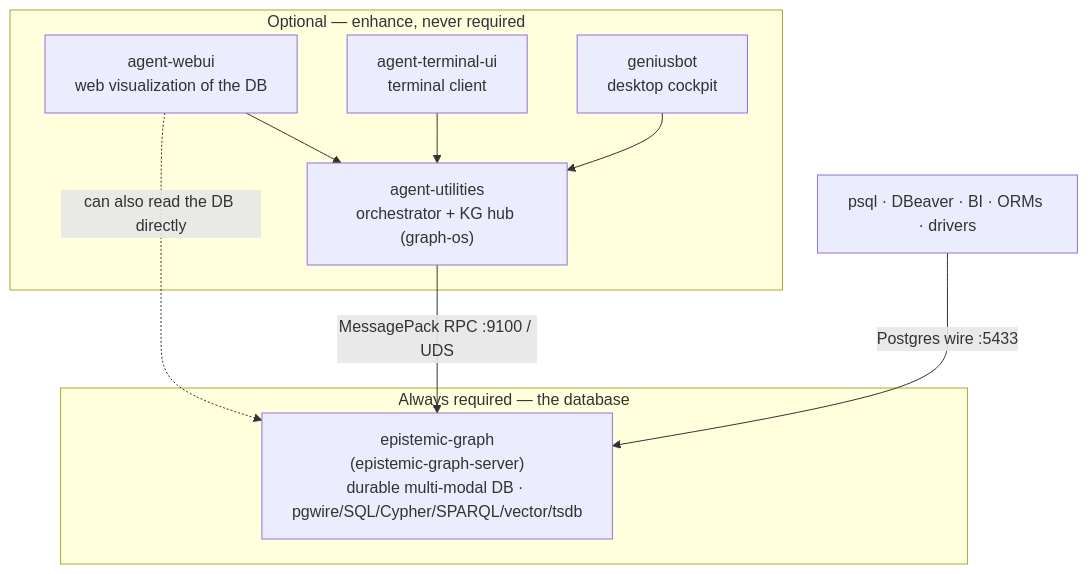
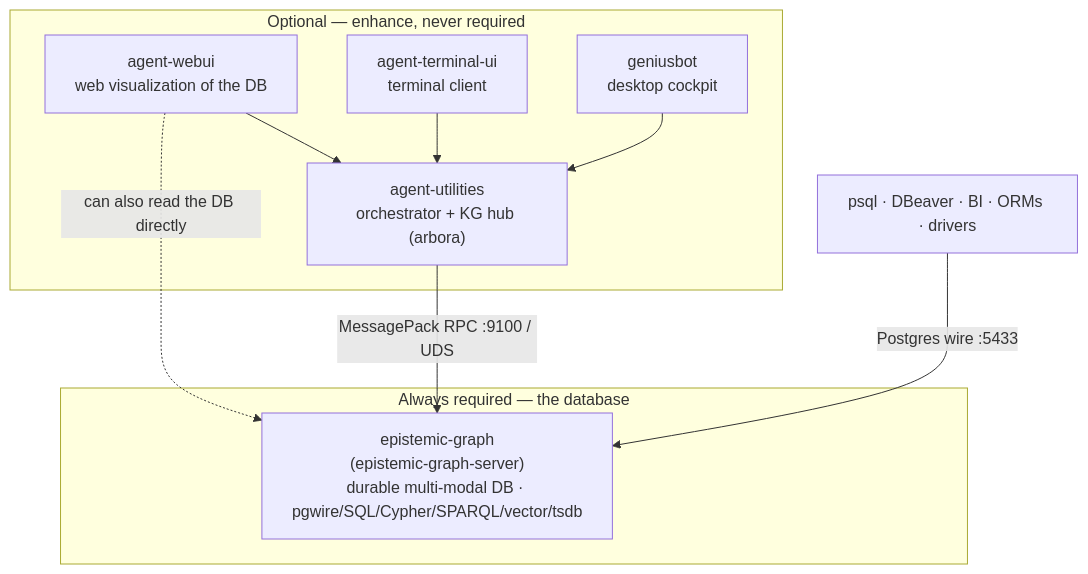
One commit to Knuckles-Team/epistemic-graph changed the diagram in docs/deployment_topology.md. Above: the diagram before and after it, drawn with Mermaid. The commit also changed other lines of this file and 24 other files, not shown here.

First line of the commit message:
docs: rename graph-os terminology to Arbora

````diff
--- a/docs/deployment_topology.md
+++ b/docs/deployment_topology.md
@@ -9,20 +9,20 @@
 ```mermaid
 flowchart TD
     subgraph Core["Always required — the database"]
         EG["epistemic-graph<br/>(epistemic-graph-server)<br/>durable multi-modal DB · pgwire/SQL/Cypher/SPARQL/vector/tsdb"]
     end
 
     subgraph Optional["Optional — enhance, never required"]
-        AU["agent-utilities<br/>orchestrator + KG hub (graph-os)"]
+        AU["agent-utilities<br/>orchestrator + KG hub (arbora)"]
         WEBUI["agent-webui<br/>web visualization of the DB"]
         TUI["agent-terminal-ui<br/>terminal client"]
         GBOT["geniusbot<br/>desktop cockpit"]
     end
 
     SQL["psql · DBeaver · BI · ORMs · drivers"] -->|Postgres wire :5433| EG
     AU -->|MessagePack RPC :9100 / UDS| EG
     WEBUI --> AU
     TUI --> AU
     GBOT --> AU
     WEBUI -. can also read the DB directly .-> EG
 ```
````
